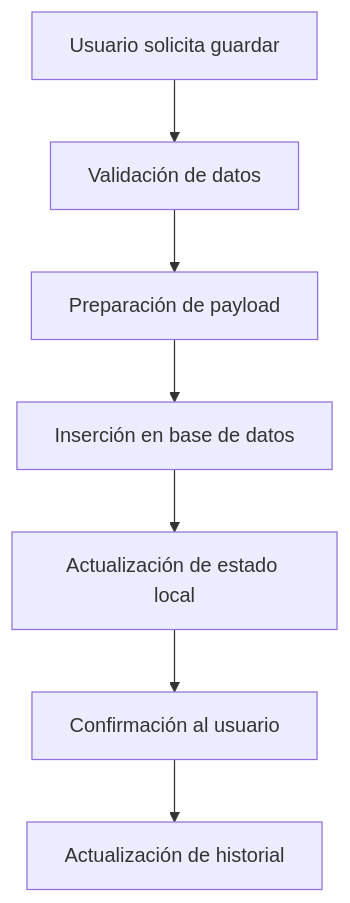
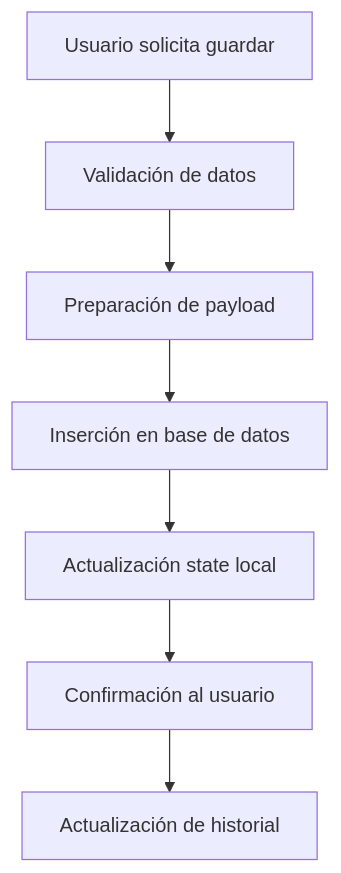
Before and after one commit to Curriaga2002/tutor-agente-ia: the fourth of 6 diagrams in README.md, drawn with Mermaid.

````diff
--- a/README.md
+++ b/README.md
@@ -142,9 +142,9 @@
 ```mermaid
 flowchart TD
     A[Usuario solicita guardar] --> B[Validación de datos]
     B --> C[Preparación de payload]
     C --> D[Inserción en base de datos]
-    D --> E[Actualización de estado local]
+    D --> E[Actualización state local]
     E --> F[Confirmación al usuario]
     F --> G[Actualización de historial]
 ```
````
